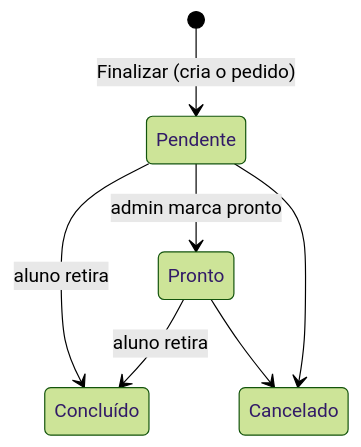
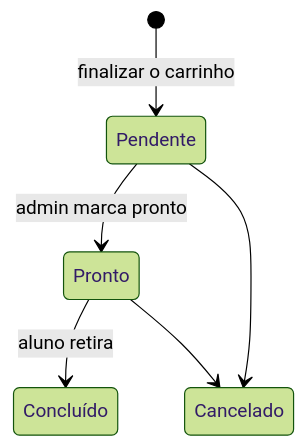
The second of 2 diagrams in backend/models/README.md (davimoraes678/Projeto-Cantina), drawn with Mermaid (forest theme) before and after one commit. The commit also changed other lines of this file and 12 other files, not shown here.

````diff
--- a/backend/models/README.md
+++ b/backend/models/README.md
@@ -51,9 +62,8 @@
 ```mermaid
 stateDiagram-v2
-    [*] --> Pendente: Finalizar (cria o pedido)
+    [*] --> Pendente: finalizar o carrinho
     Pendente --> Pronto: admin marca pronto
     Pronto --> Concluído: aluno retira
-    Pendente --> Concluído: aluno retira
     Pendente --> Cancelado
     Pronto --> Cancelado
 ```
````
